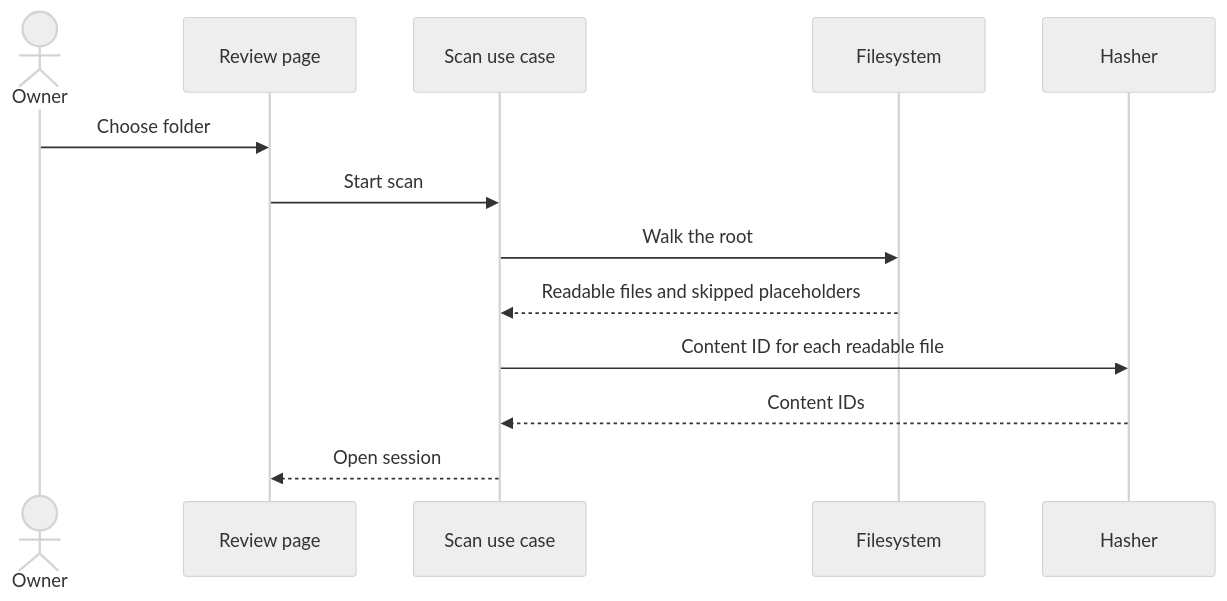
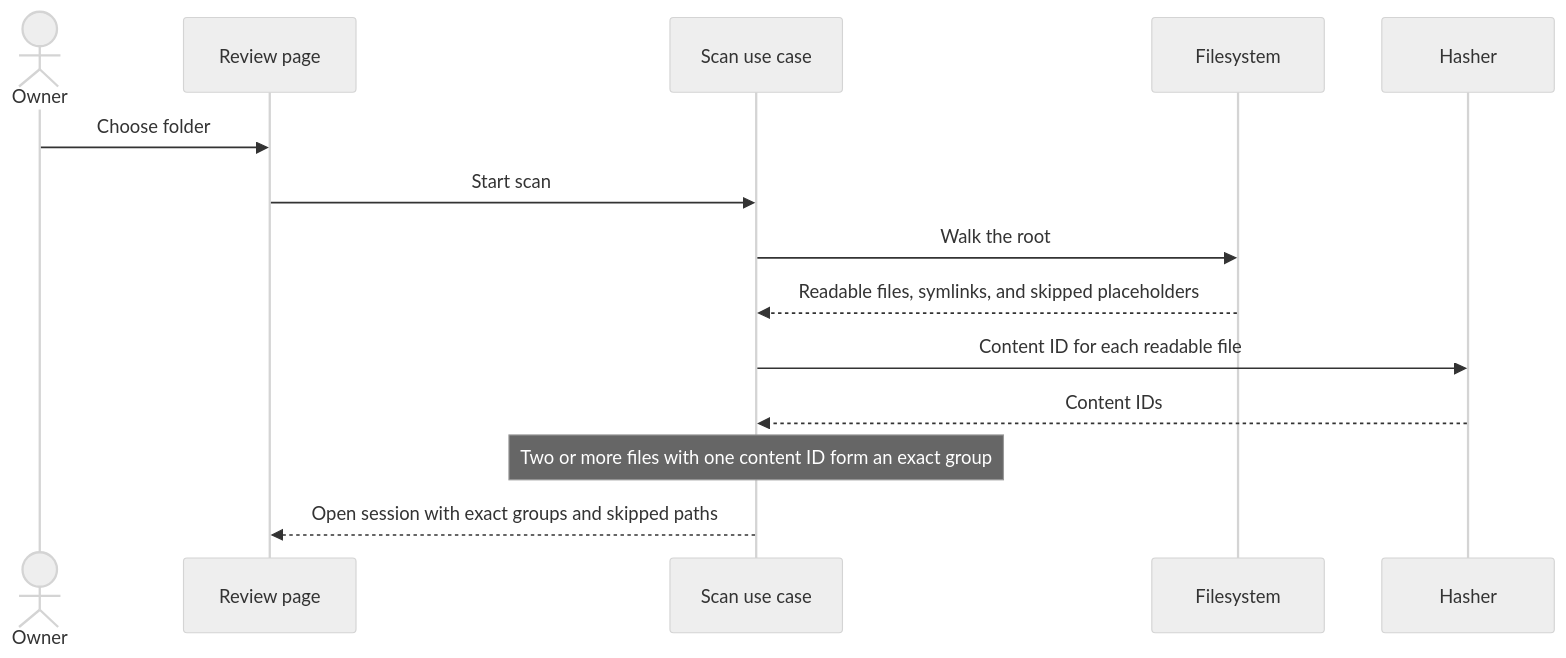
One commit to cionz0/hdsort changed the second of 8 diagrams in docs/use-cases.md. Above: the diagram before and after it, drawn with Mermaid (neutral theme). The commit also changed other lines of this file and 16 other files, not shown here.

Commit message:
Identify exact duplicates with staged BLAKE3 and list symlinks on the session.

````diff
--- a/docs/use-cases.md
+++ b/docs/use-cases.md
@@ -34,15 +34,16 @@
 ```mermaid
 sequenceDiagram
   actor Owner
   participant Page as Review page
   participant Scan as Scan use case
   participant Disk as Filesystem
   participant Hash as Hasher
   Owner->>Page: Choose folder
   Page->>Scan: Start scan
   Scan->>Disk: Walk the root
-  Disk-->>Scan: Readable files and skipped placeholders
+  Disk-->>Scan: Readable files, symlinks, and skipped placeholders
   Scan->>Hash: Content ID for each readable file
   Hash-->>Scan: Content IDs
-  Scan-->>Page: Open session
+  Note over Scan: Two or more files with one content ID form an exact group
+  Scan-->>Page: Open session with exact groups and skipped paths
 ```
````
